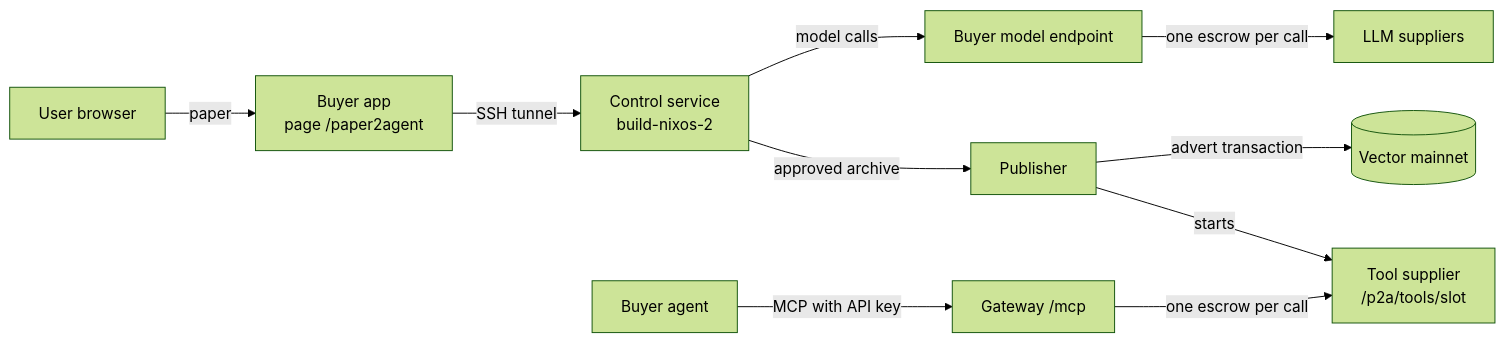
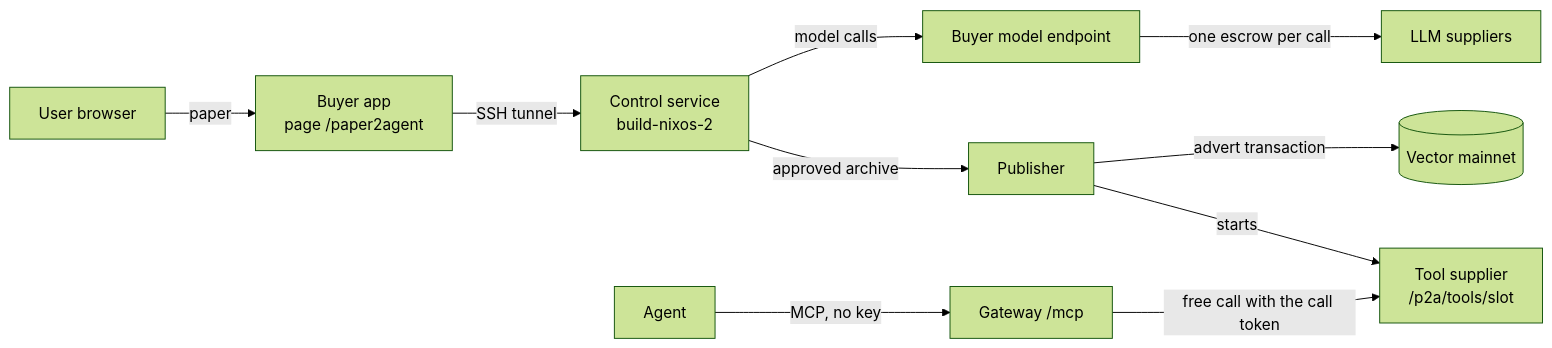
Before and after one commit to Apex-Fusion/agents-marketplace: the diagram in docs/PAPER2AGENT_OVERVIEW.md, drawn with Mermaid (forest theme). The commit also changed other lines of this file, not shown here.

First line of the commit message:
docs(paper2agent): record the 2026-10-16 release and build attempt 8

````diff
--- a/docs/PAPER2AGENT_OVERVIEW.md
+++ b/docs/PAPER2AGENT_OVERVIEW.md
@@ -22,12 +22,12 @@
 ```mermaid
 flowchart LR
   user["User browser"] -->|"paper"| buyer["Buyer app<br/>page /paper2agent"]
   buyer -->|"SSH tunnel"| control["Control service<br/>build-nixos-2"]
   control -->|"model calls"| model["Buyer model endpoint"]
   model -->|"one escrow per call"| llm["LLM suppliers"]
   control -->|"approved archive"| publisher["Publisher"]
   publisher -->|"advert transaction"| chain[("Vector mainnet")]
   publisher -->|"starts"| tool["Tool supplier<br/>/p2a/tools/slot"]
-  agent["Buyer agent"] -->|"MCP with API key"| gateway["Gateway /mcp"]
-  gateway -->|"one escrow per call"| tool
+  agent["Agent"] -->|"MCP, no key"| gateway["Gateway /mcp"]
+  gateway -->|"free call with the call token"| tool
 ```
````
